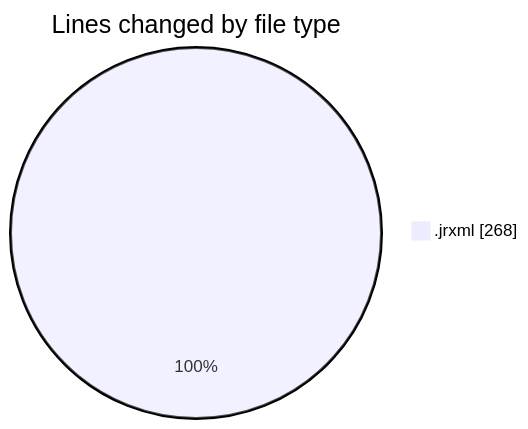
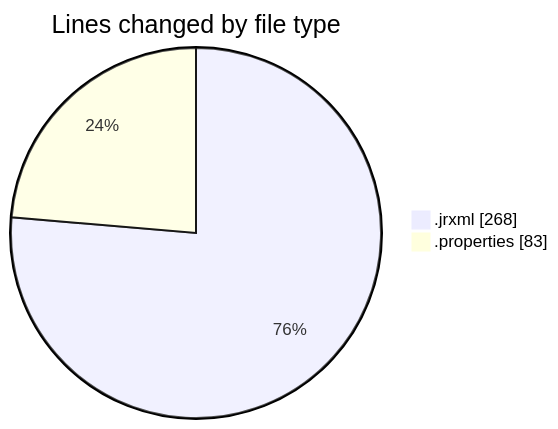
The first of 2 diagrams in 2026-09-02/cilreports__workspace_/README.md (ricardozamudiocil/code-tracking), drawn with Mermaid before and after one commit. The commit also changed other lines of this file and 1 other file, not shown here.

````diff
--- a/2026-09-02/cilreports__workspace_/README.md
+++ b/2026-09-02/cilreports__workspace_/README.md
@@ -20,5 +21,6 @@
 ```mermaid
 pie showData
 title Lines changed by file type
 ".jrxml" : 268
+".properties" : 83
 ```
````
